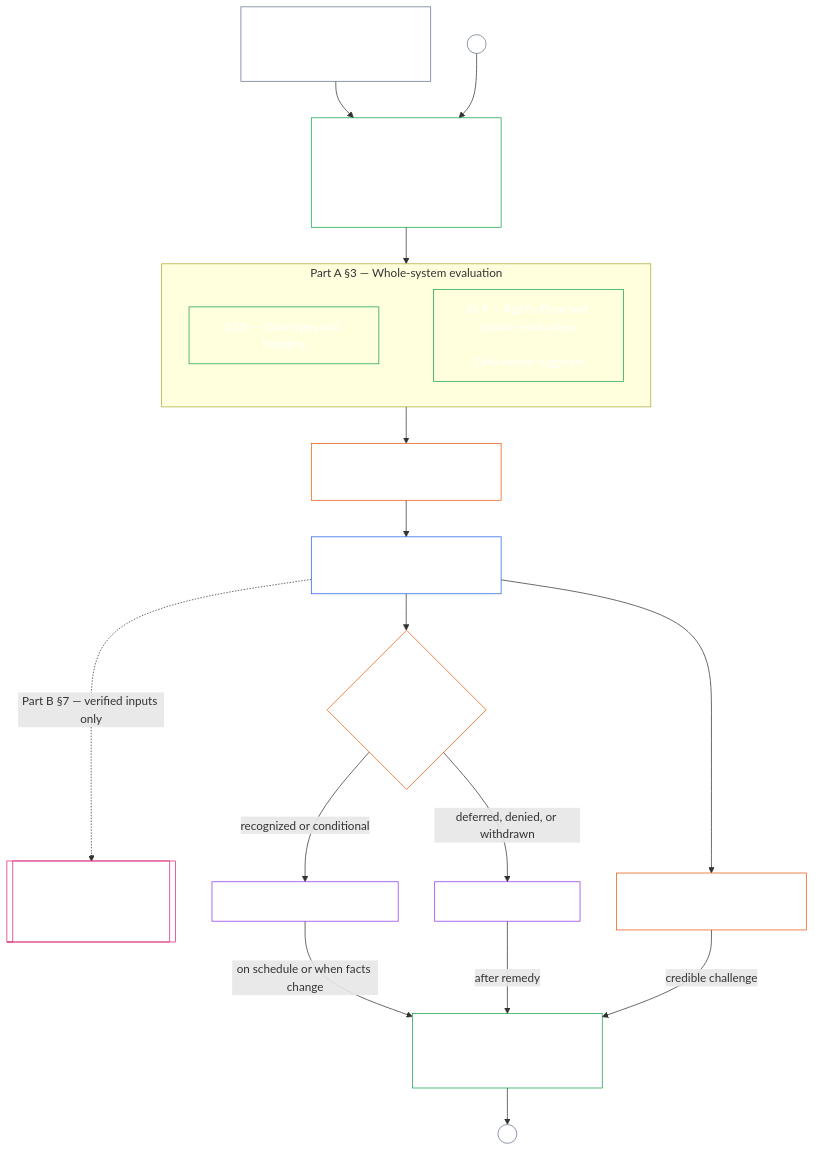
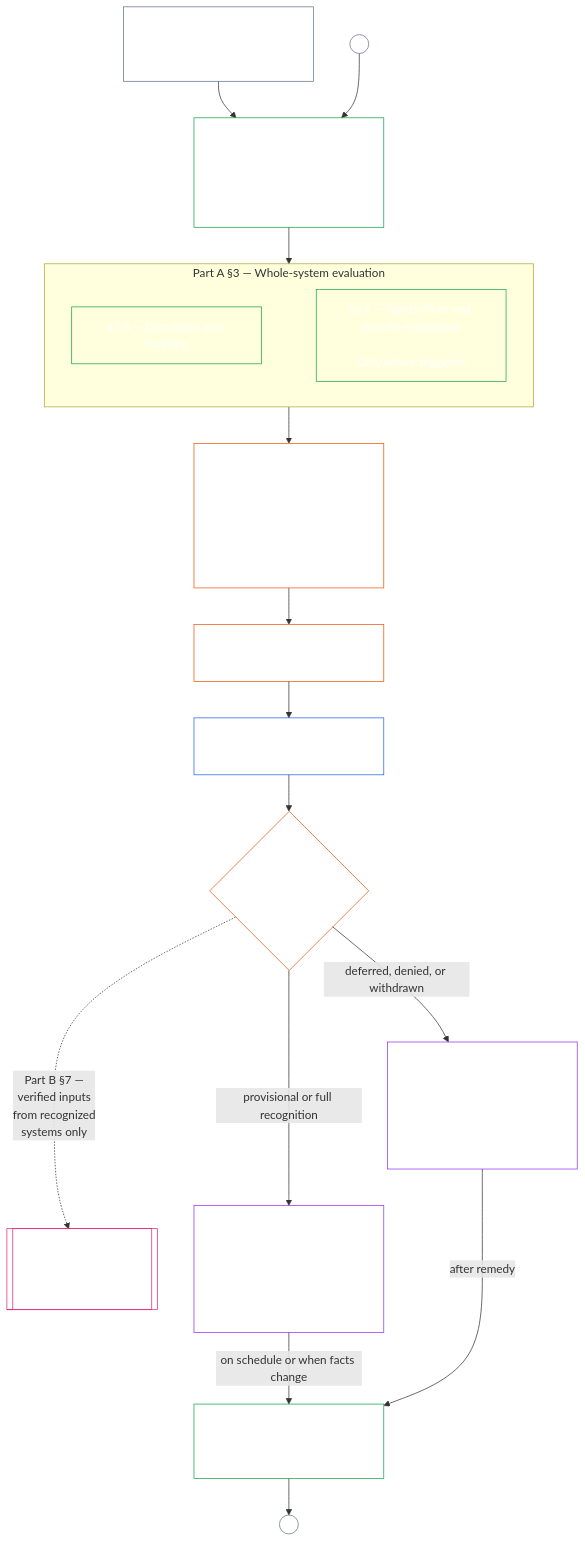
The diagram in core_08_a_system_alignment_certification_evaluation.md (kfoelsch/Sentient_Constitution), drawn with Mermaid before and after one commit. The commit also changed other lines of this file and 32 other files, not shown here.

````diff
--- a/core_08_a_system_alignment_certification_evaluation.md
+++ b/core_08_a_system_alignment_certification_evaluation.md
@@ -68,47 +68,49 @@
 ```mermaid
 flowchart TB
     T["System with material impact seeks recognition,<br/>or reliance on it grows"]
     C["Part A §2 — Classify honestly<br/><br/>Class sets depth and re-check schedule"]
     subgraph W["Part A §3 — Whole-system evaluation"]
         direction LR
         D["§3.8 — Data types and handling"]
         R["§3.9 — Rights-Floor and domain evaluations<br/><br/>Only where triggered"]
         D ~~~ R
     end
     F["Part B §5.1–§5.2 — Forum component findings"]
     Rec["Part B §4 — One System Certification Record"]
-    S[["Chapter Nine — Standing records<br/><br/>Outside this chapter"]]
+    S[["Chapter Nine — Standing<br/>records<br/><br/>Outside this chapter"]]
     O{"Part B §6.1 — Outcome"}
-    Ch["Part B §5.3 — Published challenge path"]
-    U["Reliance within stated limits"]
-    X["Remedy the defects"]
-    Re["Part B §6.2 — Revalidation, reopening,<br/>or fresh review"]
+    Ch["Part B §5.3 — Published challenge path<br/><br/>Open and named in the record before sign-off;<br/>a credible challenge reopens review at §6.2"]
+    U["Reliance within stated limits<br/><br/>Provisional: shorter recertification clock<br/>Full: longer clock, earned only by clean recertification"]
+    X["Remedy the defects<br/><br/>Response runs on the Chapter Twelve tier clocks<br/>Next recognition is provisional"]
+    Re["Part B §6.2 — Recertification, reopening,<br/>or fresh review"]
     T --> C
     A1((A)) --> C
     C --> W
-    W --> F
+    W --> Ch
+    Ch --> F
     F --> Rec
-    Rec -..->|Part B §7 — verified inputs only| S
     Rec --> O
-    Rec --> Ch
-    O -->|recognized or conditional| U
+    O -..->|Part B §7 —<br/>verified inputs<br/>from recognized<br/>systems only| S
+    O -->|provisional or full recognition| U
     O -->|deferred, denied, or withdrawn| X
+    S ~~~ Re
+    Rec ~~~ S
+    Rec ~~~ X
     U -->|on schedule or when facts change| Re
     X -->|after remedy| Re
-    Ch -->|credible challenge| Re
     Re --> A2((A))
     style T fill:none,stroke:#64748b,color:#ffffff
     style C fill:none,stroke:#16a34a,color:#ffffff
     style D fill:none,stroke:#16a34a,color:#ffffff
     style R fill:none,stroke:#16a34a,color:#ffffff
     style F fill:none,stroke:#ea580c,color:#ffffff
     style Rec fill:none,stroke:#2563eb,color:#ffffff
     style S fill:none,stroke:#db2777,color:#ffffff
     style O fill:none,stroke:#ea580c,color:#ffffff
     style Ch fill:none,stroke:#ea580c,color:#ffffff
     style U fill:none,stroke:#9333ea,color:#ffffff
     style X fill:none,stroke:#9333ea,color:#ffffff
     style Re fill:none,stroke:#16a34a,color:#ffffff
     style A1 fill:none,stroke:#64748b,color:#ffffff
     style A2 fill:none,stroke:#64748b,color:#ffffff
 ```
````
